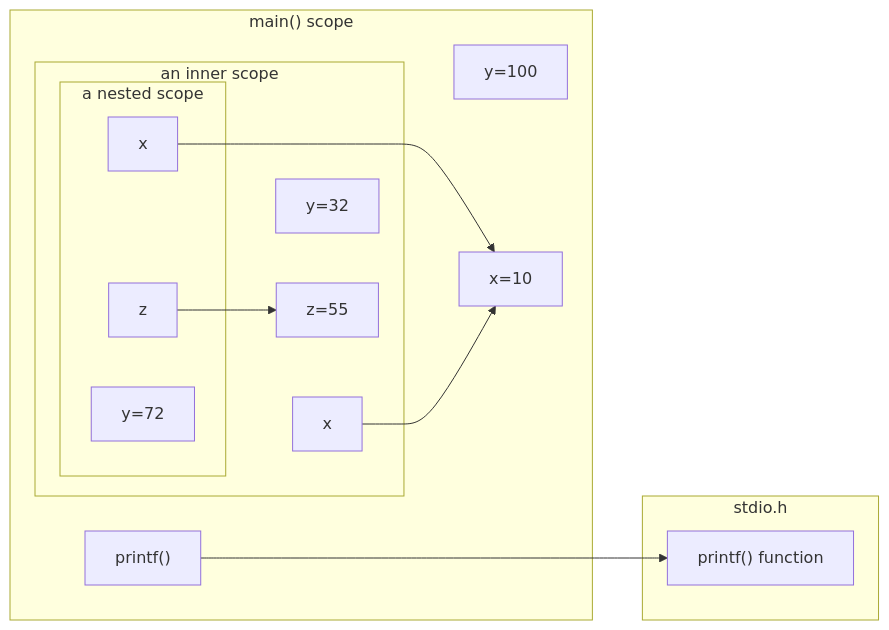
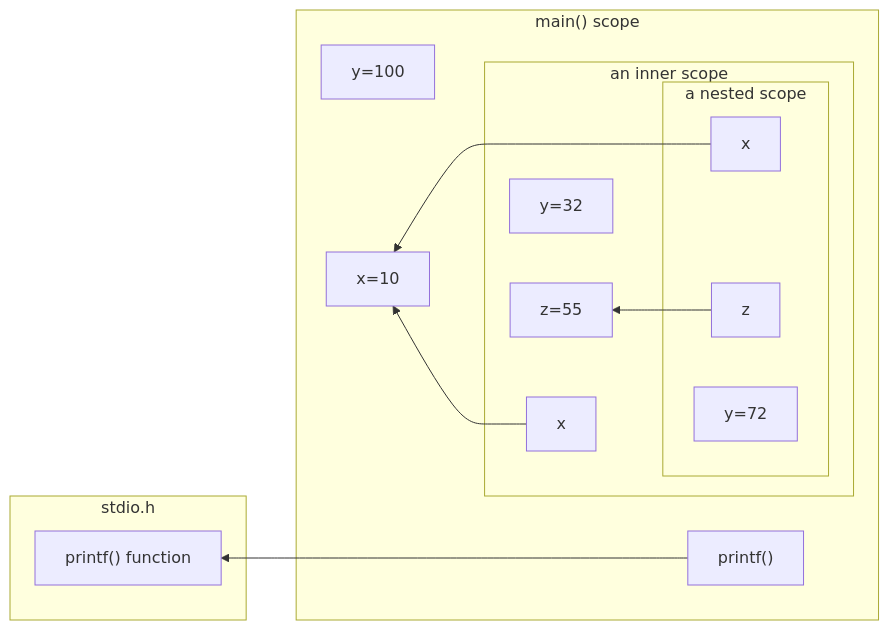
One commit to realityexpander/How_to_program_from_ground_up changed the diagram in 08-StructuredProgramming.md. Above: the diagram before and after it, drawn with Mermaid. The commit also changed other lines of this file, not shown here.

````diff
--- a/08-StructuredProgramming.md
+++ b/08-StructuredProgramming.md
@@ -89,29 +89,29 @@
   ```mermaid
-     flowchart LR
+     flowchart RL
   
      subgraph main_scope["main() scope"]
        y01["y=100"]
        x1["x=10"]
        x3 ---> x1
        x2 --> x1
        subgraph innerScope["an inner scope"]
          x2["x"]
          y2["y=32"]
          z1["z=55"]
          z2 --> z1
          subgraph nestedScope["a nested scope"]
            y3["y=72"]
            x3["x"]
            z2["z"]
          end
        end
        
        printf2
      end
   
      subgraph stdio["stdio.h"]
        printf["printf() function"]
      end
   
      printf2["printf()"] ----> printf   
   ```
````
